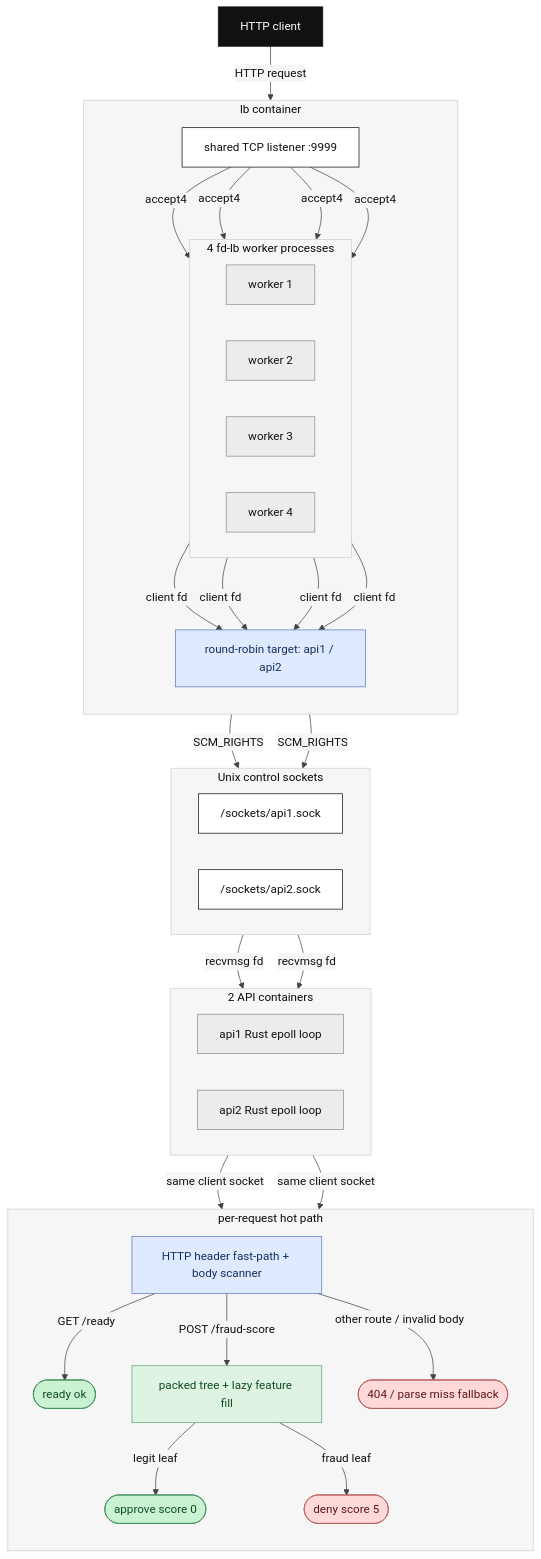
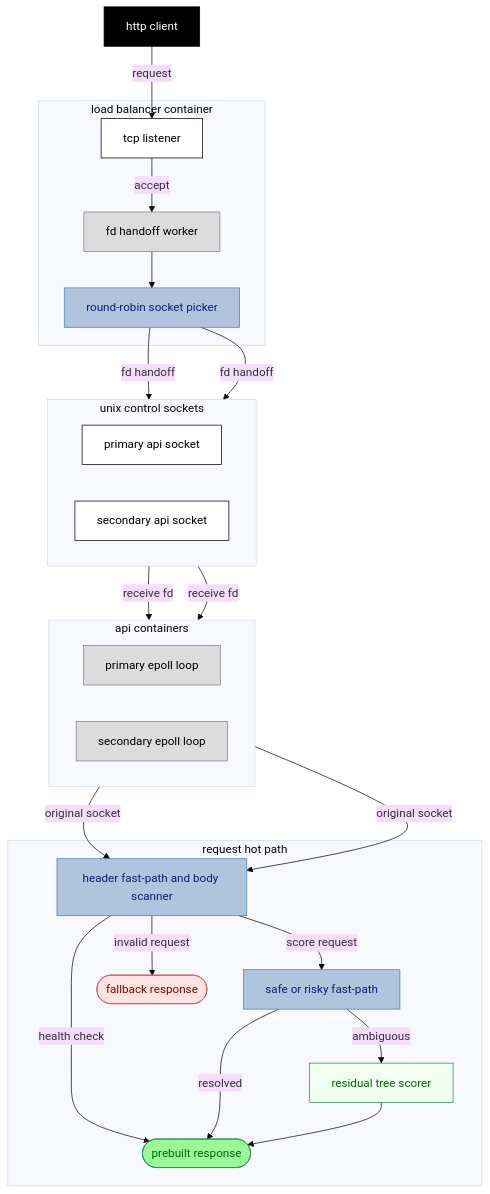
The second of 2 diagrams in README.md (henrycunh/rinha26-rust), drawn with Mermaid before and after one commit. The commit also changed other lines of this file and 6 other files, not shown here.

Commit message:
perf(scoring): split fast path and residual tree

````diff
--- a/README.md
+++ b/README.md
@@ -79,71 +76,55 @@
 ```mermaid
-%%{init: {"theme": "base", "themeVariables": {"fontFamily": "ui-sans-serif, system-ui, sans-serif", "primaryColor": "#ffffff", "primaryTextColor": "#111111", "primaryBorderColor": "#111111", "lineColor": "#444444", "textColor": "#111111", "secondaryColor": "#f6f6f6", "tertiaryColor": "#f6f6f6", "clusterBkg": "#f6f6f6", "clusterBorder": "#cfcfcf"}}}%%
+%%{init: {"theme": "base", "themeVariables": {"fontFamily": "ui-sans-serif, system-ui, sans-serif"}}}%%
 flowchart TB
-  CLIENT["HTTP client"]:::actor
+  CLIENT["http client"]:::actor
 
-  subgraph LB["lb container"]
-    direction TB
-    LISTENER["shared TCP listener :9999"]:::edge
-
-    subgraph WORKERS["4 fd-lb worker processes"]
-      direction LR
-      W1["worker 1"]:::core
-      W2["worker 2"]:::core
-      W3["worker 3"]:::core
-      W4["worker 4"]:::core
-    end
-
-    PICK["round-robin target: api1 / api2"]:::work
+  subgraph lb["load balancer container"]
+    LISTENER["tcp listener"]:::edge
+    WORKER["fd handoff worker"]:::core
+    PICK["round-robin socket picker"]:::work
   end
 
-  subgraph SOCKETS["Unix control sockets"]
+  subgraph controls["unix control sockets"]
     direction LR
-    S1["/sockets/api1.sock"]:::edge
-    S2["/sockets/api2.sock"]:::edge
+    PRIMARY_SOCKET["primary api socket"]:::edge
+    SECONDARY_SOCKET["secondary api socket"]:::edge
   end
 
-  subgraph APIS["2 API containers"]
+  subgraph apis["api containers"]
     direction LR
-    API1["api1 Rust epoll loop"]:::core
-    API2["api2 Rust epoll loop"]:::core
+    PRIMARY_API["primary epoll loop"]:::core
+    SECONDARY_API["secondary epoll loop"]:::core
   end
 
-  subgraph HOT["per-request hot path"]
-    direction TB
-    PARSE["HTTP header fast-path + body scanner"]:::work
-    TREE["packed tree + lazy feature fill"]:::data
-    APPROVE(["approve score 0"]):::endok
-    DENY(["deny score 5"]):::enderr
-    READY(["ready ok"]):::endok
-    MISS(["404 / parse miss fallback"]):::enderr
+  subgraph hotpath["request hot path"]
+    PARSE["header fast-path and body scanner"]:::work
+    FAST["safe or risky fast-path"]:::work
+    TREE["residual tree scorer"]:::data
+    RESPONSE(["prebuilt response"]):::endok
+    FALLBACK(["fallback response"]):::enderr
   end
 
-  CLIENT -->|"HTTP request"| LISTENER
-  LISTENER -->|"accept4"| W1
-  LISTENER -->|"accept4"| W2
-  LISTENER -->|"accept4"| W3
-  LISTENER -->|"accept4"| W4
-  W1 -->|"client fd"| PICK
-  W2 -->|"client fd"| PICK
-  W3 -->|"client fd"| PICK
-  W4 -->|"client fd"| PICK
-  PICK -->|"SCM_RIGHTS"| S1
-  PICK -->|"SCM_RIGHTS"| S2
-  S1 -->|"recvmsg fd"| API1
-  S2 -->|"recvmsg fd"| API2
-  API1 -->|"same client socket"| PARSE
-  API2 -->|"same client socket"| PARSE
-  PARSE -->|"GET /ready"| READY
-  PARSE -->|"POST /fraud-score"| TREE
-  PARSE -->|"other route / invalid body"| MISS
-  TREE -->|"legit leaf"| APPROVE
-  TREE -->|"fraud leaf"| DENY
+  CLIENT -->|"request"| LISTENER
+  LISTENER -->|"accept"| WORKER
+  WORKER --> PICK
+  PICK -->|"fd handoff"| PRIMARY_SOCKET
+  PICK -->|"fd handoff"| SECONDARY_SOCKET
+  PRIMARY_SOCKET -->|"receive fd"| PRIMARY_API
+  SECONDARY_SOCKET -->|"receive fd"| SECONDARY_API
+  PRIMARY_API -->|"original socket"| PARSE
+  SECONDARY_API -->|"original socket"| PARSE
+  PARSE -->|"health check"| RESPONSE
+  PARSE -->|"score request"| FAST
+  PARSE -->|"invalid request"| FALLBACK
+  FAST -->|"resolved"| RESPONSE
+  FAST -->|"ambiguous"| TREE
+  TREE --> RESPONSE
 
-  classDef actor fill:#111111,color:#ffffff,stroke:#111111,stroke-width:1px
-  classDef edge fill:#ffffff,color:#111111,stroke:#111111,stroke-width:1px
-  classDef core fill:#ececec,color:#111111,stroke:#8f8f8f,stroke-width:1px
-  classDef work fill:#dfe9ff,color:#13315c,stroke:#5b7bbf,stroke-width:1px
-  classDef data fill:#dff3e3,color:#0f4d23,stroke:#5da776,stroke-width:1px
-  classDef endok fill:#c8f2d2,color:#0f4d23,stroke:#3f8f5b,stroke-width:1px
-  classDef enderr fill:#ffd9d9,color:#5e1717,stroke:#b65b5b,stroke-width:1px
+  classDef actor fill:black,color:white,stroke:black
+  classDef edge fill:white,color:black,stroke:black
+  classDef core fill:gainsboro,color:black,stroke:gray
+  classDef work fill:lightsteelblue,color:midnightblue,stroke:steelblue
+  classDef data fill:honeydew,color:darkgreen,stroke:seagreen
+  classDef endok fill:palegreen,color:darkgreen,stroke:seagreen
+  classDef enderr fill:mistyrose,color:maroon,stroke:indianred
 ```
````
